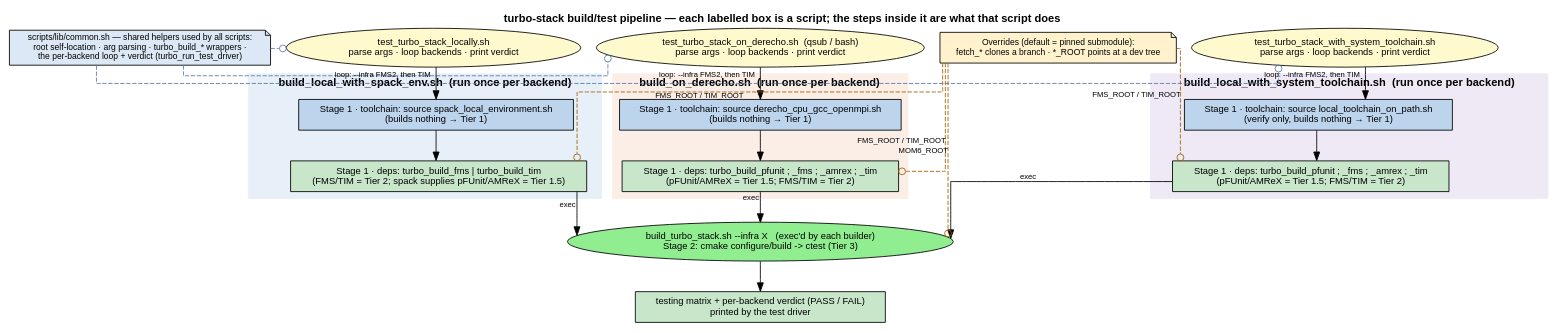
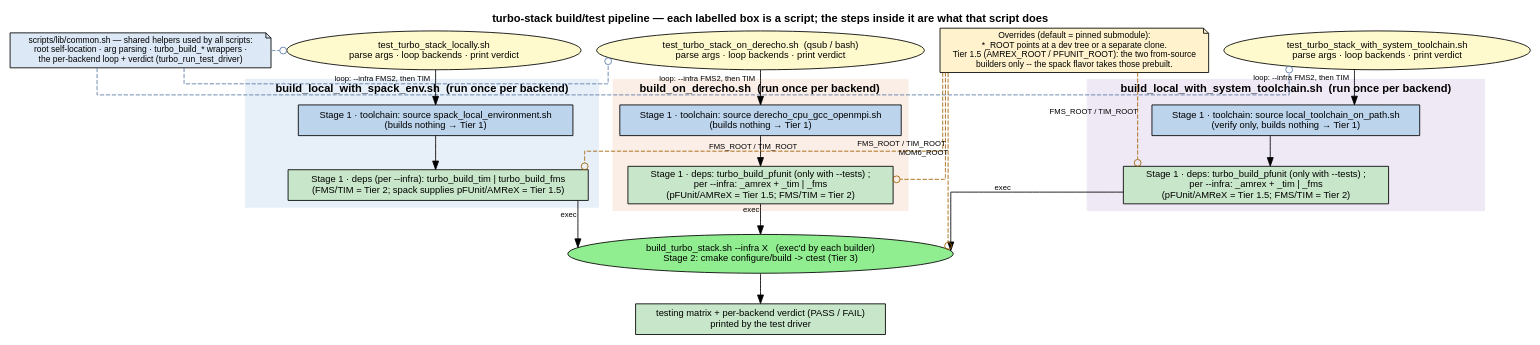
The diagram in docs/build_test_orchestration.dot (TURBO-ESM/turbo-stack), drawn with Graphviz before and after one commit. The commit also changed 13 other files, not shown here.

First line of the commit message:
[FULL REVIEW] Update documentation for turbo-stack: document the CMake build system (#271)

```diff
--- a/docs/build_test_orchestration.dot
+++ b/docs/build_test_orchestration.dot
@@ -1,80 +1,82 @@
 digraph build_test_orchestration {
     rankdir=TB;
     compound=true;
     newrank=true;
     node [shape=box, fontname="Helvetica", fontsize=11];
     edge [fontsize=9, fontname="Helvetica"];
     splines=ortho;
 
     label="turbo-stack build/test pipeline — each labelled box is a script; the steps inside it are what that script does";
     labelloc=t; fontname="Helvetica-Bold"; fontsize=13;
 
     // Shared helpers used by all scripts (substrate, not a flow step).
     core [shape=note, fillcolor="#dce8f5", style=filled, fontsize=10,
           label="scripts/lib/common.sh — shared helpers used by all scripts:\nroot self-location · arg parsing · turbo_build_* wrappers ·\nthe per-backend loop + verdict (turbo_run_test_driver)"];
 
     // ── Test drivers (what each driver script does is in its label) ───────────
     l_drv [label="test_turbo_stack_locally.sh\nparse args · loop backends · print verdict",
            shape=ellipse, fillcolor="#fffacd", style=filled];
     d_drv [label="test_turbo_stack_on_derecho.sh  (qsub / bash)\nparse args · loop backends · print verdict",
            shape=ellipse, fillcolor="#fffacd", style=filled];
     s_drv [label="test_turbo_stack_with_system_toolchain.sh\nparse args · loop backends · print verdict",
            shape=ellipse, fillcolor="#fffacd", style=filled];
     {rank=same; l_drv; s_drv; d_drv;}
 
     // ── Path A builder: the box IS build_local_with_spack_env.sh.  Its steps are
     //    Stage 1 (environment setup): source the toolchain, then build the deps ──
     subgraph cluster_lbld {
         label="build_local_with_spack_env.sh  (run once per backend)"; labeljust=l;
         style=filled; color="#e7eff8"; fontname="Helvetica-Bold";
         l_env  [label="Stage 1 · toolchain: source spack_local_environment.sh\n(builds nothing → Tier 1)", fillcolor="#bcd4ec", style=filled];
-        l_deps [label="Stage 1 · deps: turbo_build_fms | turbo_build_tim\n(FMS/TIM = Tier 2; spack supplies pFUnit/AMReX = Tier 1.5)", fillcolor="#c8e6c9", style=filled];
+        l_deps [label="Stage 1 · deps (per --infra): turbo_build_tim | turbo_build_fms\n(FMS/TIM = Tier 2; spack supplies pFUnit/AMReX = Tier 1.5)", fillcolor="#c8e6c9", style=filled];
         l_env -> l_deps;
     }
 
     // ── Path B builder: build_on_derecho.sh ───────────────────────────────────
     subgraph cluster_dbld {
         label="build_on_derecho.sh  (run once per backend)"; labeljust=l;
         style=filled; color="#fbeee6"; fontname="Helvetica-Bold";
         d_env  [label="Stage 1 · toolchain: source derecho_cpu_gcc_openmpi.sh\n(builds nothing → Tier 1)", fillcolor="#bcd4ec", style=filled];
-        d_deps [label="Stage 1 · deps: turbo_build_pfunit ; _fms ; _amrex ; _tim\n(pFUnit/AMReX = Tier 1.5; FMS/TIM = Tier 2)", fillcolor="#c8e6c9", style=filled];
+        d_deps [label="Stage 1 · deps: turbo_build_pfunit (only with --tests) ;\nper --infra: _amrex + _tim | _fms\n(pFUnit/AMReX = Tier 1.5; FMS/TIM = Tier 2)", fillcolor="#c8e6c9", style=filled];
         d_env -> d_deps;
     }
 
     // ── Path C builder: build_local_with_system_toolchain.sh ──────────────────
     subgraph cluster_sbld {
         label="build_local_with_system_toolchain.sh  (run once per backend)"; labeljust=l;
         style=filled; color="#efe9f6"; fontname="Helvetica-Bold";
         s_env  [label="Stage 1 · toolchain: source local_toolchain_on_path.sh\n(verify only, builds nothing → Tier 1)", fillcolor="#bcd4ec", style=filled];
-        s_deps [label="Stage 1 · deps: turbo_build_pfunit ; _fms ; _amrex ; _tim\n(pFUnit/AMReX = Tier 1.5; FMS/TIM = Tier 2)", fillcolor="#c8e6c9", style=filled];
+        s_deps [label="Stage 1 · deps: turbo_build_pfunit (only with --tests) ;\nper --infra: _amrex + _tim | _fms\n(pFUnit/AMReX = Tier 1.5; FMS/TIM = Tier 2)", fillcolor="#c8e6c9", style=filled];
         s_env -> s_deps;
     }
 
     // ── Shared: both builders exec the same Stage-2 script ────────────────────
     bld [label="build_turbo_stack.sh --infra X   (exec'd by each builder)\nStage 2: cmake configure/build -> ctest (Tier 3)",
         shape=ellipse, fillcolor="#90ee90", style=filled];
     verdict [label="testing matrix + per-backend verdict (PASS / FAIL)\nprinted by the test driver", fillcolor="#c8e6c9", style=filled];
 
     // Driver loops its builder (enters at Stage 1); builder execs Stage 2.
     l_drv -> l_env [xlabel="loop: --infra FMS2, then TIM"];
     s_drv -> s_env [xlabel="loop: --infra FMS2, then TIM"];
     d_drv -> d_env [xlabel="loop: --infra FMS2, then TIM"];
     l_deps -> bld [xlabel="exec"];
     s_deps -> bld [xlabel="exec"];
     d_deps -> bld [xlabel="exec"];
     bld -> verdict;
 
     // common.sh is sourced by every script (dashed; doesn't constrain layout).
     core -> l_drv [style=dashed, color="#5b7aa6", arrowhead=odot, constraint=false];
     core -> s_drv [style=dashed, color="#5b7aa6", arrowhead=odot, constraint=false];
     core -> d_drv [style=dashed, color="#5b7aa6", arrowhead=odot, constraint=false];
 
-    // Overrides (default = pinned submodule).  Only the co-developed repos
-    // (FMS/TIM, Tier 2; MOM6, Tier 3) have a *_ROOT source swap.
+    // Overrides (default = pinned submodule).  A *_ROOT is read only where that
+    // dep is built from submodule: FMS/TIM (Tier 2) everywhere, MOM6 (Tier 3) at
+    // Stage 2, and AMReX/pFUnit (Tier 1.5) only in the two from-source builders
+    // -- the spack flavor takes those prebuilt and never consults their roots.
     hotswap [shape=note, fillcolor="#fff2cc", style=filled, fontsize=10,
-             label="Overrides (default = pinned submodule):\nfetch_* clones a branch · *_ROOT points at a dev tree"];
+             label="Overrides (default = pinned submodule):\n*_ROOT points at a dev tree or a separate clone.\nTier 1.5 (AMREX_ROOT / PFUNIT_ROOT): the two from-source\nbuilders only -- the spack flavor takes those prebuilt."];
     hotswap -> l_deps [style=dashed, color="#a06000", arrowhead=odot, constraint=false, xlabel="FMS_ROOT / TIM_ROOT"];
     hotswap -> s_deps [style=dashed, color="#a06000", arrowhead=odot, constraint=false, xlabel="FMS_ROOT / TIM_ROOT"];
     hotswap -> d_deps [style=dashed, color="#a06000", arrowhead=odot, constraint=false, xlabel="FMS_ROOT / TIM_ROOT"];
     hotswap -> bld   [style=dashed, color="#a06000", arrowhead=odot, constraint=false, xlabel="MOM6_ROOT"];
 }
```
